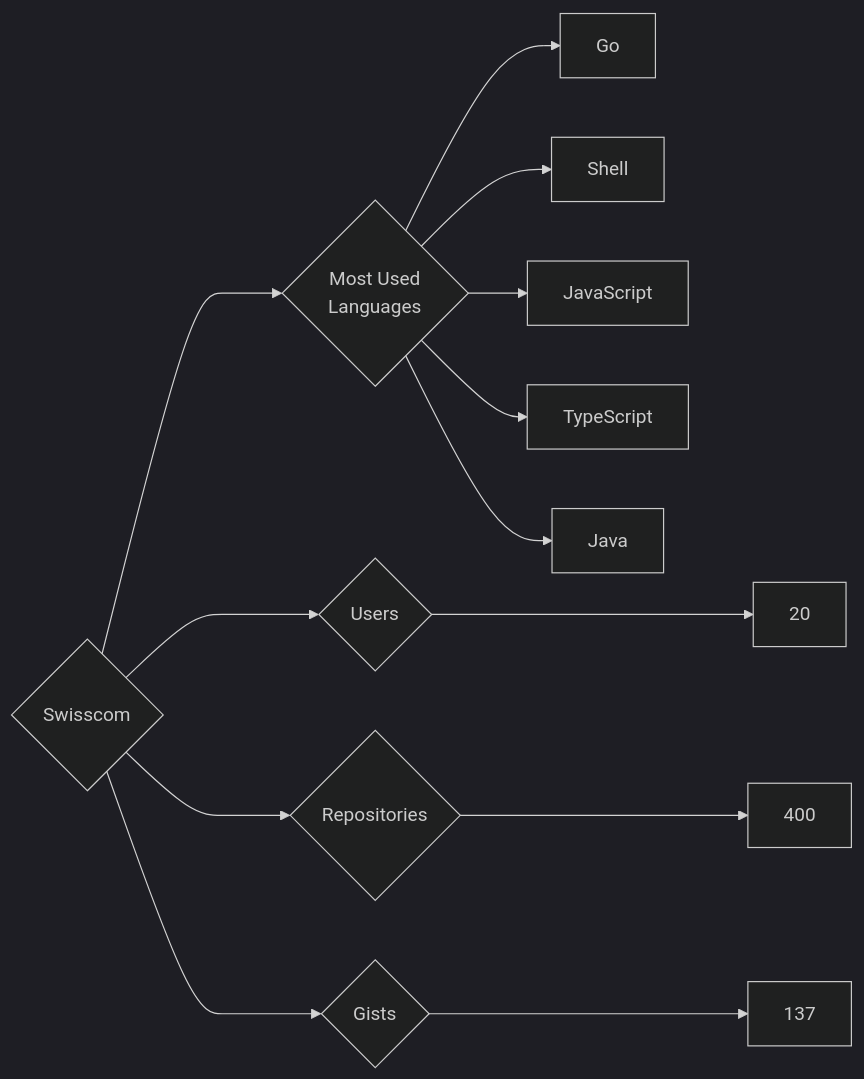
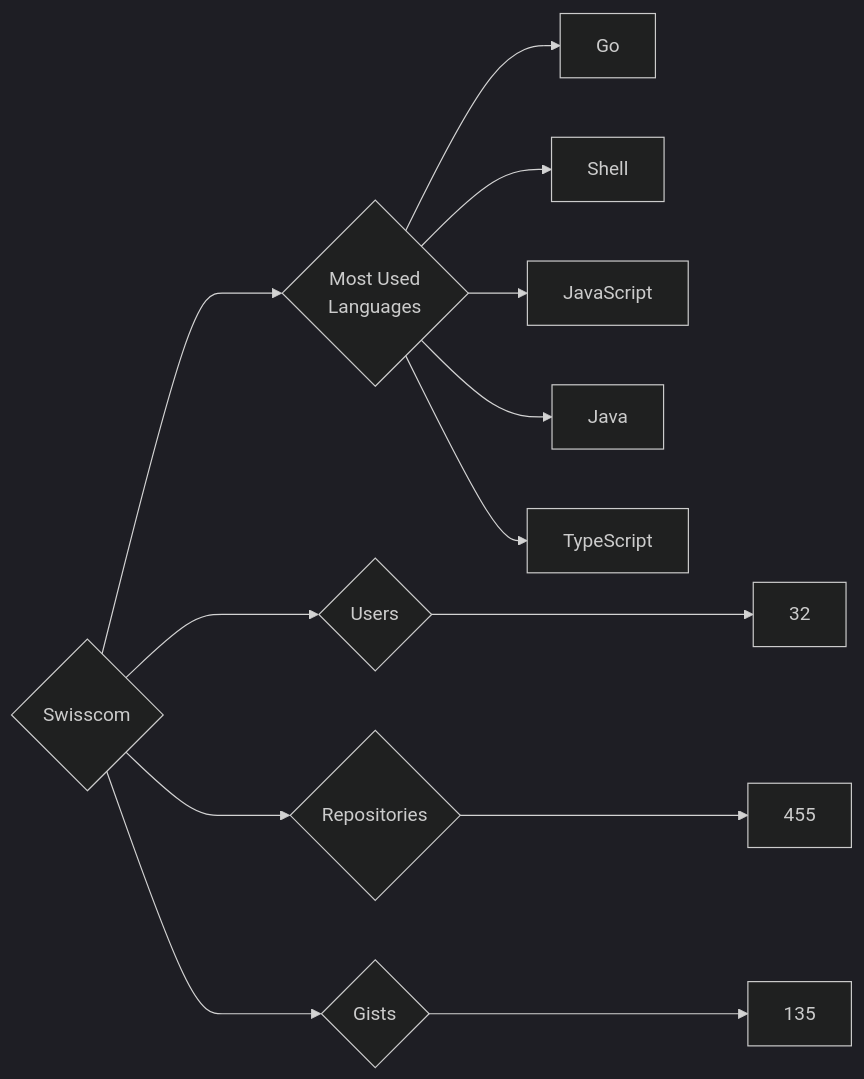
One commit to trickest/insiders changed the diagram in targets/Swisscom/README.md. Above: the diagram before and after it, drawn with Mermaid (dark theme). The commit also changed 898 other files, not shown here.

````diff
--- a/targets/Swisscom/README.md
+++ b/targets/Swisscom/README.md
@@ -3,13 +3,13 @@
 ```mermaid
 graph LR
 COMPANY_NAME{Swisscom}
-COMPANY_NAME ---> U{Users} ---> UN[20]
-COMPANY_NAME ---> R{Repositories} ---> RN[400]
-COMPANY_NAME ---> G{Gists} ---> GN[137]
+COMPANY_NAME ---> U{Users} ---> UN[32]
+COMPANY_NAME ---> R{Repositories} ---> RN[455]
+COMPANY_NAME ---> G{Gists} ---> GN[135]
 COMPANY_NAME ---> ML{Most Used<br>Languages}
 ML --> Go[Go]
 ML --> Shell[Shell]
 ML --> JavaScript[JavaScript]
+ML --> Java[Java]
 ML --> TypeScript[TypeScript]
-ML --> Java[Java]
 ```
````
